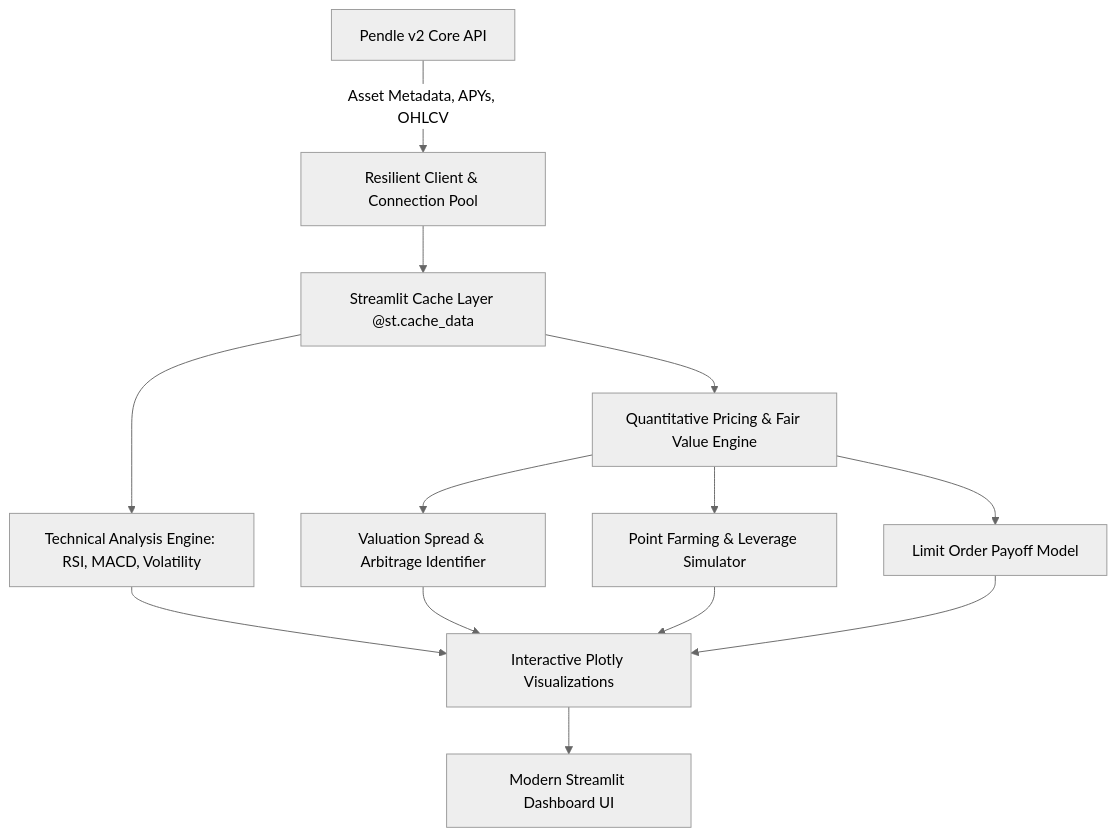
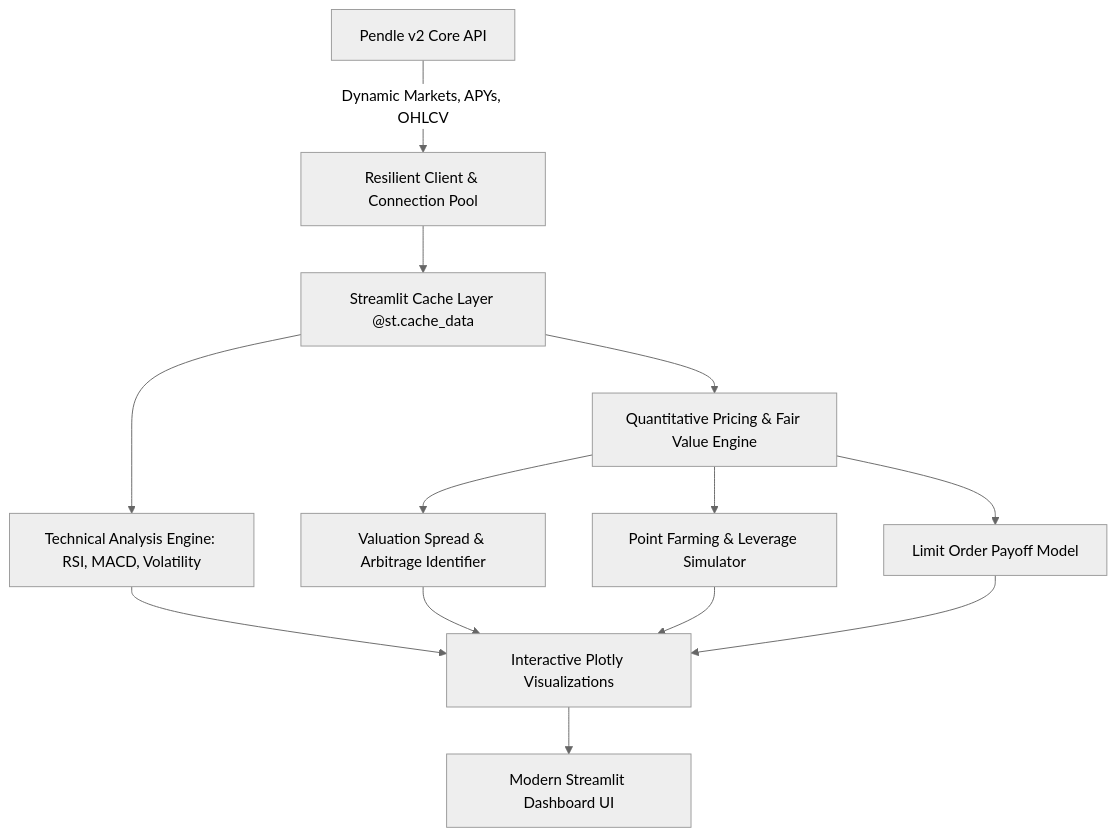
The diagram in README.md (DPRC137/YT_Token), drawn with Mermaid (neutral theme) before and after one commit. The commit also changed other lines of this file and 2 other files, not shown here.

````diff
--- a/README.md
+++ b/README.md
@@ -24,15 +25,15 @@
 ```mermaid
 flowchart TD
-    A[Pendle v2 Core API] -->|Asset Metadata, APYs, OHLCV| B[Resilient Client & Connection Pool]
+    A[Pendle v2 Core API] -->|Dynamic Markets, APYs, OHLCV| B[Resilient Client & Connection Pool]
     B --> C[Streamlit Cache Layer @st.cache_data]
     C --> D[Quantitative Pricing & Fair Value Engine]
     C --> E[Technical Analysis Engine: RSI, MACD, Volatility]
     D --> F[Valuation Spread & Arbitrage Identifier]
     D --> G[Point Farming & Leverage Simulator]
     D --> H[Limit Order Payoff Model]
     E --> I[Interactive Plotly Visualizations]
     F --> I
     G --> I
     H --> I
     I --> J[Modern Streamlit Dashboard UI]
 ```
````
